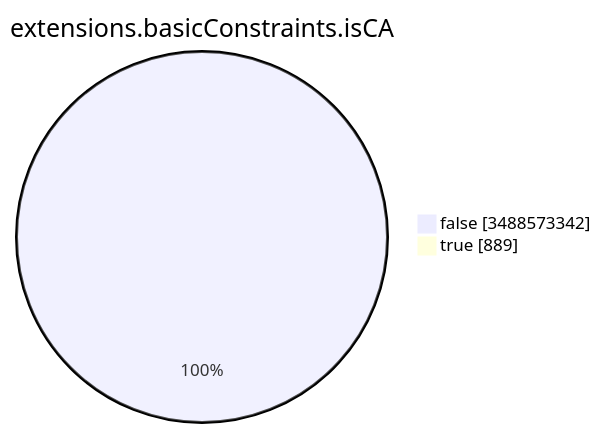
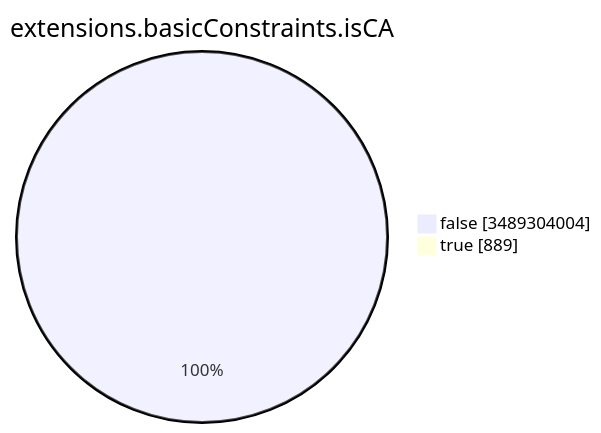
One commit to christiankrug/ctmonitor_visualization changed the seventh of 15 diagrams in TOTAL/README.md. Above: the diagram before and after it, drawn with Mermaid. The commit also changed other lines of this file, not shown here.

````diff
--- a/TOTAL/README.md
+++ b/TOTAL/README.md
@@ -3093,6 +3093,6 @@
 ```mermaid
 pie showData
 title extensions.basicConstraints.isCA
-"false" :3488573342
+"false" :3489304004
 "true" :889
 ```
````
